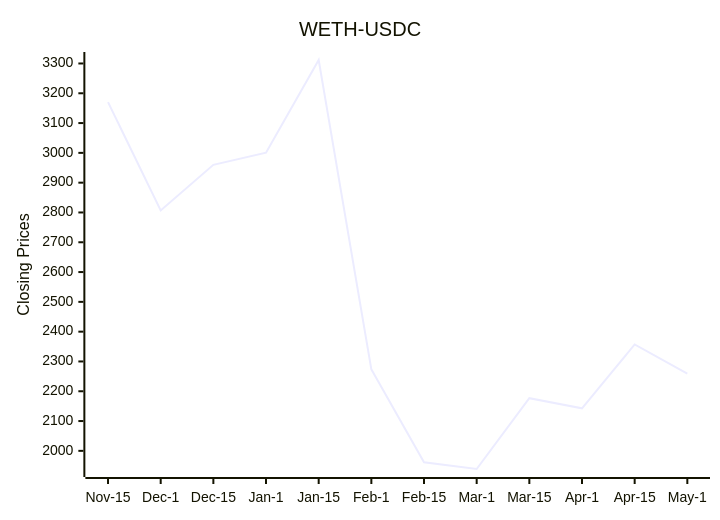
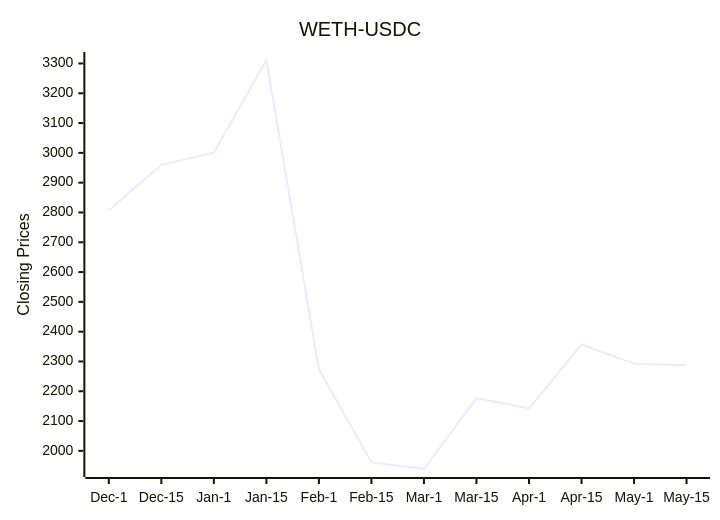
The diagram in README.md (bicced/ReadmeCryptoPriceChart), drawn with Mermaid before and after one commit.

Commit message:
Update README with latest DEX data

````diff
--- a/README.md
+++ b/README.md
@@ -6,7 +6,7 @@
 ```mermaid
 xychart-beta
   title "WETH-USDC"
-  x-axis [Nov-15,Dec-1,Dec-15,Jan-1,Jan-15,Feb-1,Feb-15,Mar-1,Mar-15,Apr-1,Apr-15,May-1]
+  x-axis [Dec-1,Dec-15,Jan-1,Jan-15,Feb-1,Feb-15,Mar-1,Mar-15,Apr-1,Apr-15,May-1,May-15]
   y-axis "Closing Prices" 1939.10322356354 --> 3311.65440575894
-  line [3170.25621083736,2806.91719695467,2959.74010356289,3000.67820680034,3311.65440575894,2273.66104115322,1961.76630440433,1939.10322356354,2176.74756246377,2142.76888865301,2356.96568036046,2259.13999748353]
+  line [2806.91719695467,2959.74010356289,3000.67820680034,3311.65440575894,2273.66104115322,1961.76630440433,1939.10322356354,2176.74756246377,2142.76888865301,2356.96568036046,2292.65162475032,2287.68097947332]
 ```
````
